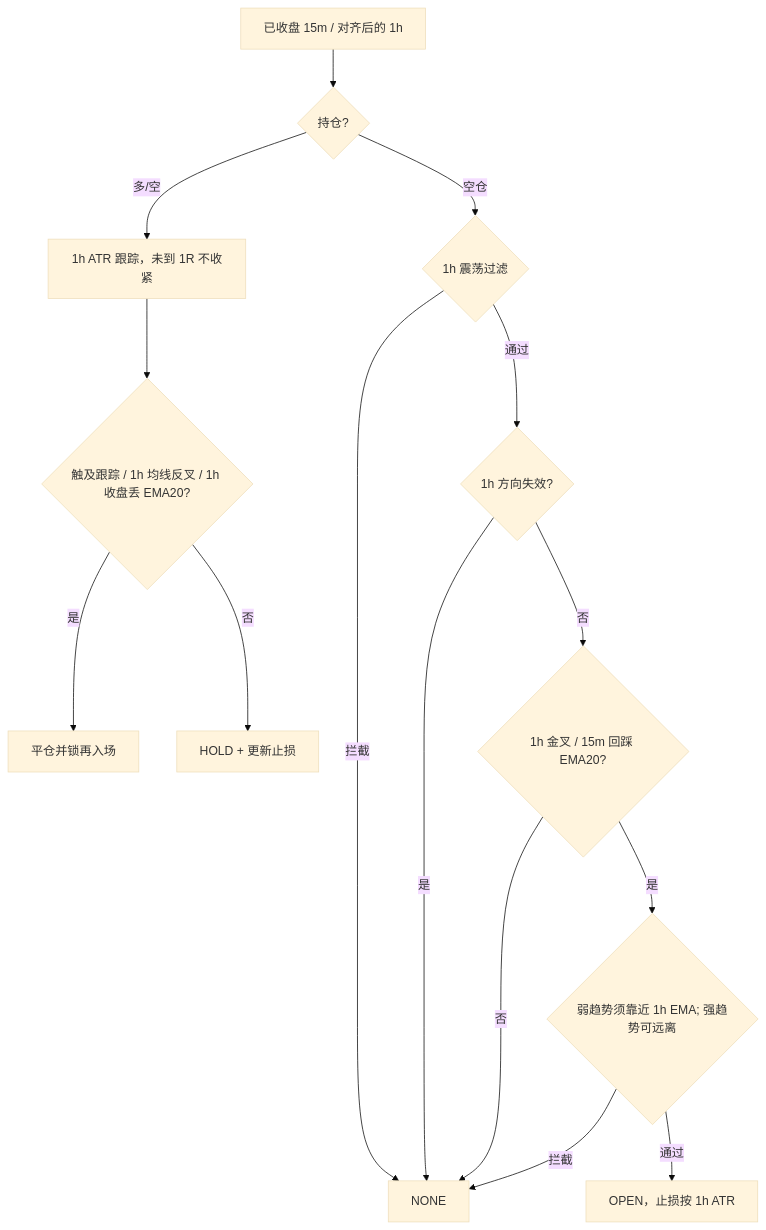
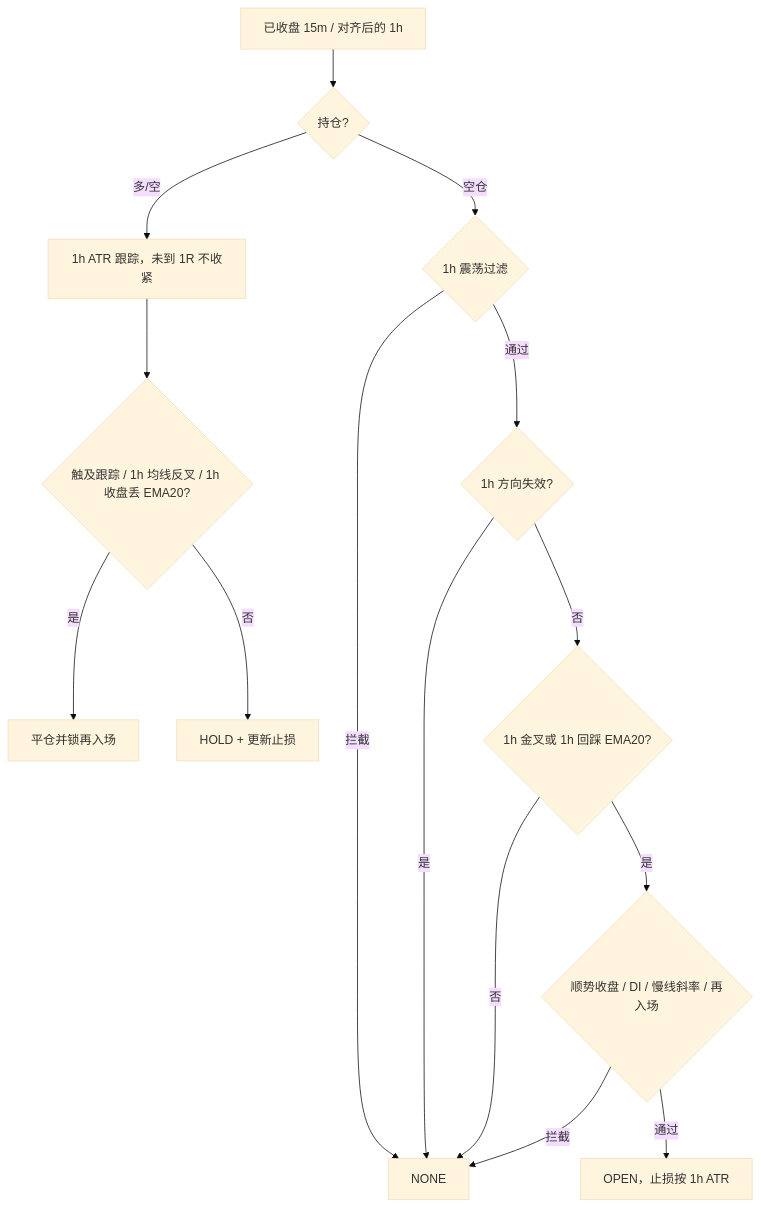
One commit to heigelove/bit changed the diagram in docs/strategy.md. Above: the diagram before and after it, drawn with Mermaid (base theme). The commit also changed other lines of this file and 5 other files, not shown here.

````diff
--- a/docs/strategy.md
+++ b/docs/strategy.md
@@ -103,17 +100,17 @@
 ```mermaid
 flowchart TD
   A[已收盘 15m / 对齐后的 1h] --> B{持仓?}
   B -->|多/空| C[1h ATR 跟踪，未到 1R 不收紧]
   C --> D{触及跟踪 / 1h 均线反叉 / 1h 收盘丢 EMA20?}
   D -->|是| E[平仓并锁再入场]
   D -->|否| F[HOLD + 更新止损]
   B -->|空仓| G{1h 震荡过滤}
   G -->|拦截| H[NONE]
   G -->|通过| I{1h 方向失效?}
   I -->|是| H
-  I -->|否| J{1h 金叉 / 15m 回踩 EMA20?}
+  I -->|否| J{1h 金叉或 1h 回踩 EMA20?}
   J -->|否| H
-  J -->|是| K{弱趋势须靠近 1h EMA; 强趋势可远离}
+  J -->|是| K{顺势收盘 / DI / 慢线斜率 / 再入场}
   K -->|拦截| H
   K -->|通过| L[OPEN，止损按 1h ATR]
 ```
````
